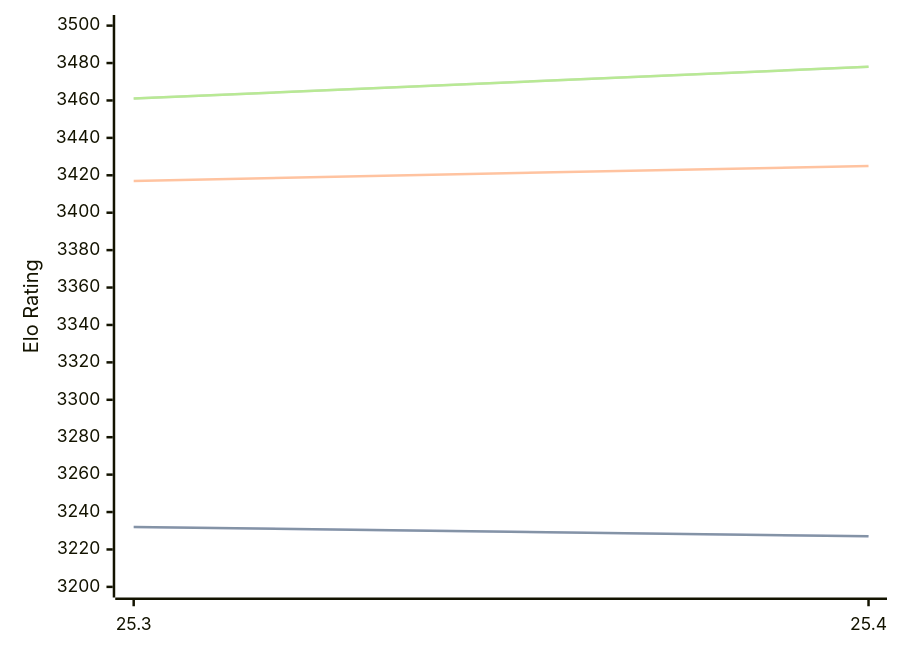
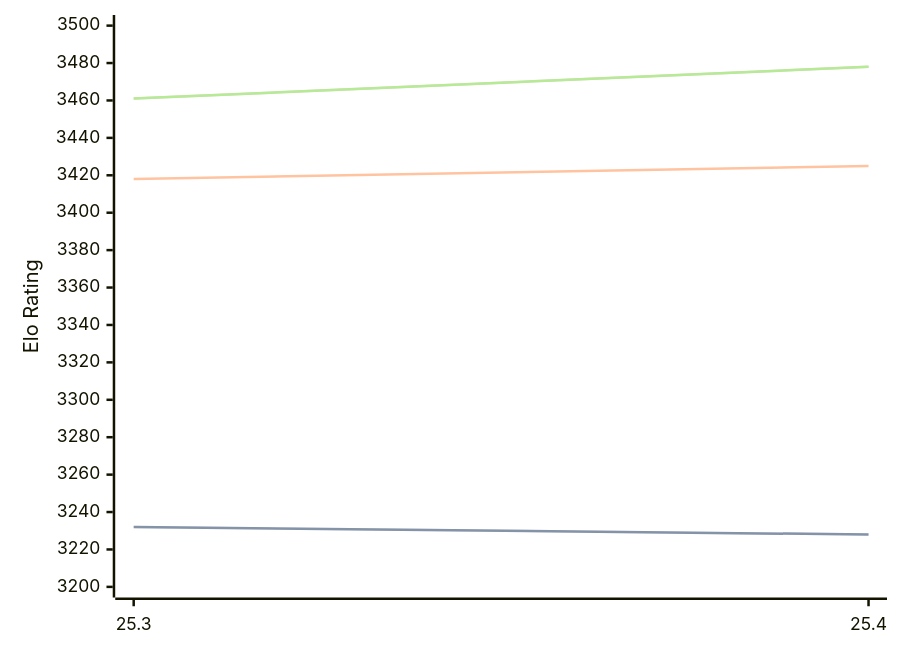
One commit to computer-chess-index/cci changed the first of 3 diagrams in engines/Arasan.md. Above: the diagram before and after it, drawn with Mermaid. The commit also changed other lines of this file, not shown here.

````diff
--- a/engines/Arasan.md
+++ b/engines/Arasan.md
@@ -33,11 +33,11 @@
 ```mermaid
 %%{init: {"theme":"base","themeVariables":{"seriesColors:['#a3a3a3','#222221','#faa371']}}}%%
 xychart-beta
   x-axis ["25.3", "25.4"]
   y-axis "Elo Rating" 3200 --> 3500
-  line "STC (8.0+0.08s)" [3232, 3227]
-  line "STC (8.0+0.08s)" [3232, 3227]
-  line "LTC (60.0+0.60s)" [3417, 3425]
+  line "STC (8.0+0.08s)" [3232, 3228]
+  line "STC (8.0+0.08s)" [3232, 3228]
+  line "LTC (60.0+0.60s)" [3418, 3425]
   line "VLTC (2m24s+1.12s)" [3461, 3478]
   line "VLTC (2m24s+1.12s)" [3461, 3478]
 ```
````
